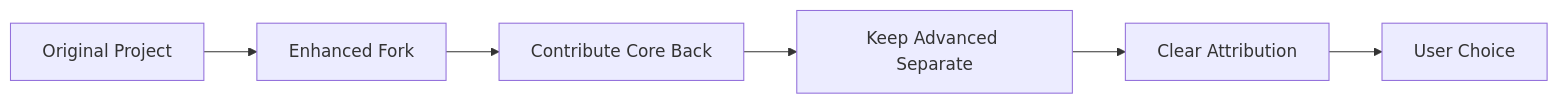
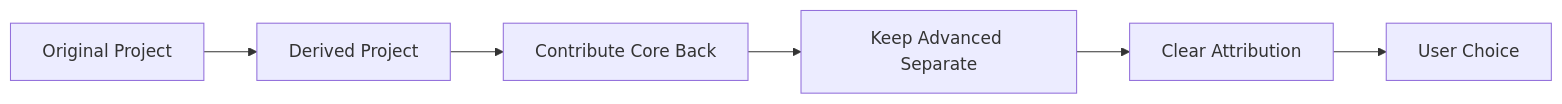
Before and after one commit to sandraschi/advanced-memory-mcp: the first of 2 diagrams in ETHICAL_CONTRIBUTION_GUIDE.md, drawn with Mermaid. The commit also changed other lines of this file and 24 other files, not shown here.

````diff
--- a/ETHICAL_CONTRIBUTION_GUIDE.md
+++ b/ETHICAL_CONTRIBUTION_GUIDE.md
@@ -44,8 +44,8 @@
 ```mermaid
 graph LR
-    A[Original Project] --> B[Enhanced Fork]
+    A[Original Project] --> B[Derived Project]
     B --> C[Contribute Core Back]
     C --> D[Keep Advanced Separate]
     D --> E[Clear Attribution]
     E --> F[User Choice]
 ```
````
